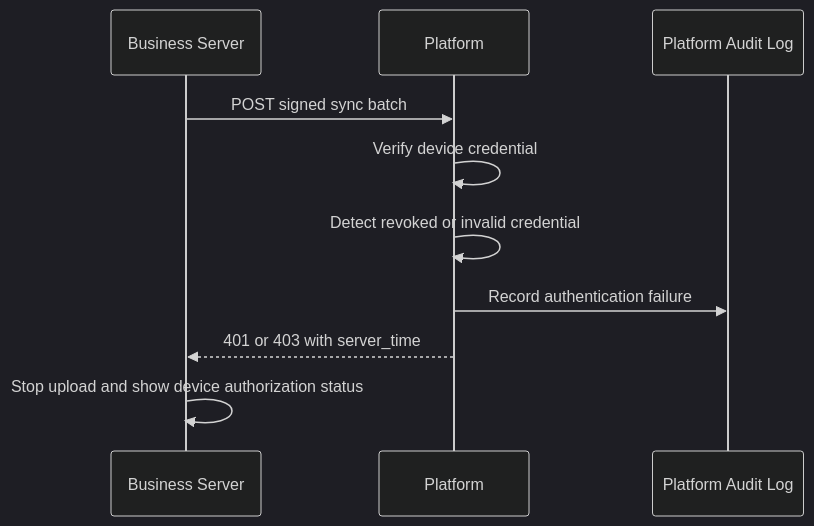
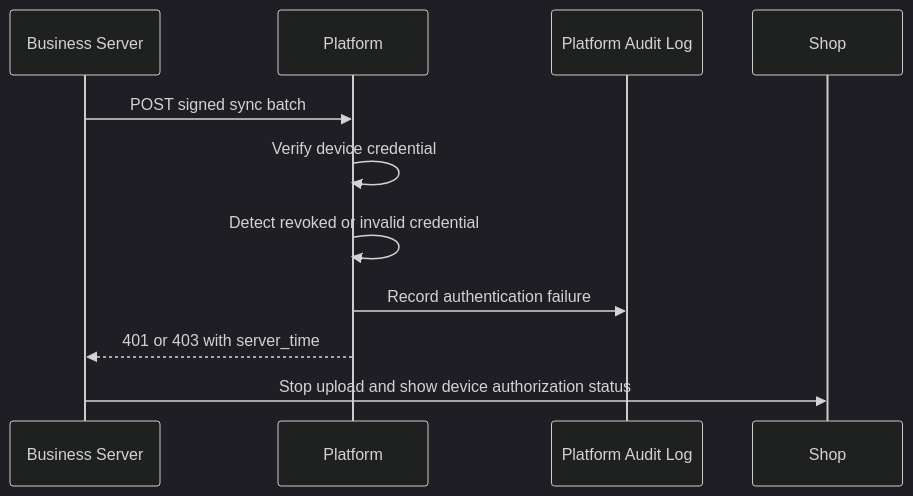
Before and after one commit to labboisah/marketlens: the diagram in docs/synchronization/security.md, drawn with Mermaid (dark theme). The commit also changed 575 other files, not shown here.

````diff
--- a/docs/synchronization/security.md
+++ b/docs/synchronization/security.md
@@ -139,13 +139,13 @@
 ```mermaid
 sequenceDiagram
-    participant Shop as Business Server
+    participant Server as Business Server
     participant Platform as Platform
     participant Audit as Platform Audit Log
 
-    Shop->>Platform: POST signed sync batch
+    Server->>Platform: POST signed sync batch
     Platform->>Platform: Verify device credential
     Platform->>Platform: Detect revoked or invalid credential
     Platform->>Audit: Record authentication failure
-    Platform-->>Shop: 401 or 403 with server_time
-    Shop->>Shop: Stop upload and show device authorization status
+    Platform-->>Server: 401 or 403 with server_time
+    Server->>Shop: Stop upload and show device authorization status
 ```
````
